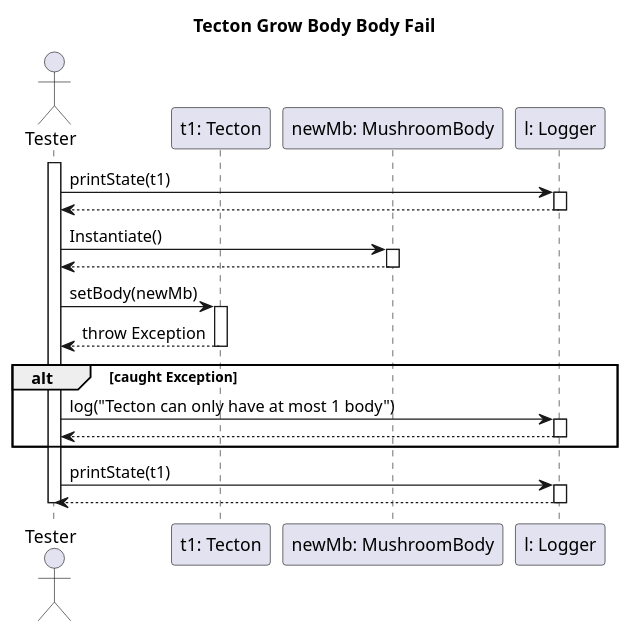
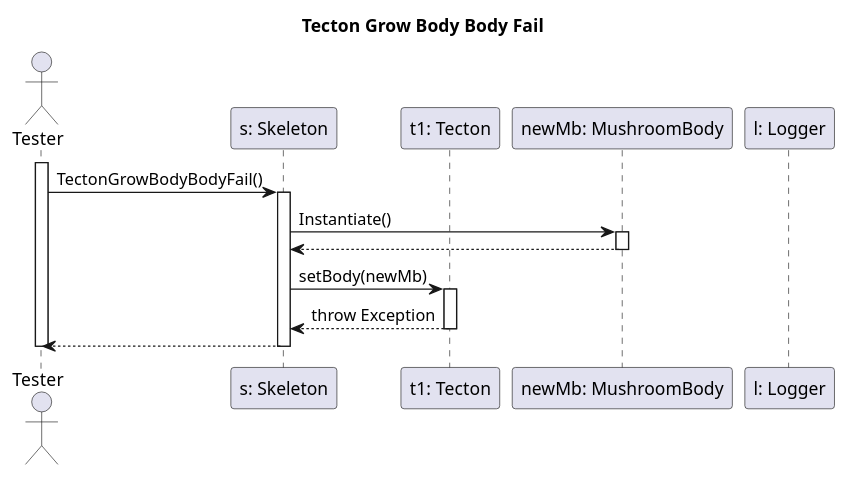
Before and after one commit to dzsem/projlab: the diagram in diagrams/test-sequence/tectonGrowBodyBodyFail.puml, drawn with PlantUML.

Commit message:
added skeleton, removed logger in tectonGrowBodyBodyFail

```diff
--- a/diagrams/test-sequence/tectonGrowBodyBodyFail.puml
+++ b/diagrams/test-sequence/tectonGrowBodyBodyFail.puml
@@ -1,42 +1,32 @@
 @startuml tectonGrowBodyTest
 
 title Tecton Grow Body Body Fail
 
 actor "Tester" as ts
+participant "s: Skeleton" as s
 participant "t1: Tecton" as t1
 participant "newMb: MushroomBody" as newMb
 participant "l: Logger" as l
 
 activate ts
 
-ts -> l: printState(t1)
-activate l
-ts <-- l
-deactivate l
+ts -> s: TectonGrowBodyBodyFail()
+activate s
 
-ts -> newMb: Instantiate()
+s -> newMb: Instantiate()
 activate newMb
-ts <-- newMb
+s <-- newMb
 deactivate newMb
 
-ts -> t1: setBody(newMb)
+s -> t1: setBody(newMb)
 activate t1
 
-ts <-- t1: throw Exception
+s <-- t1: throw Exception
 deactivate t1
 
-alt caught Exception
-    ts -> l: log("Tecton can only have at most 1 body")
-    activate l
-    ts <-- l
-    deactivate l    
-end
-
-ts -> l: printState(t1)
-activate l
-ts <-- l
-deactivate l
+ts <-- s
+deactivate s
 
 deactivate ts
 
 @enduml
```
